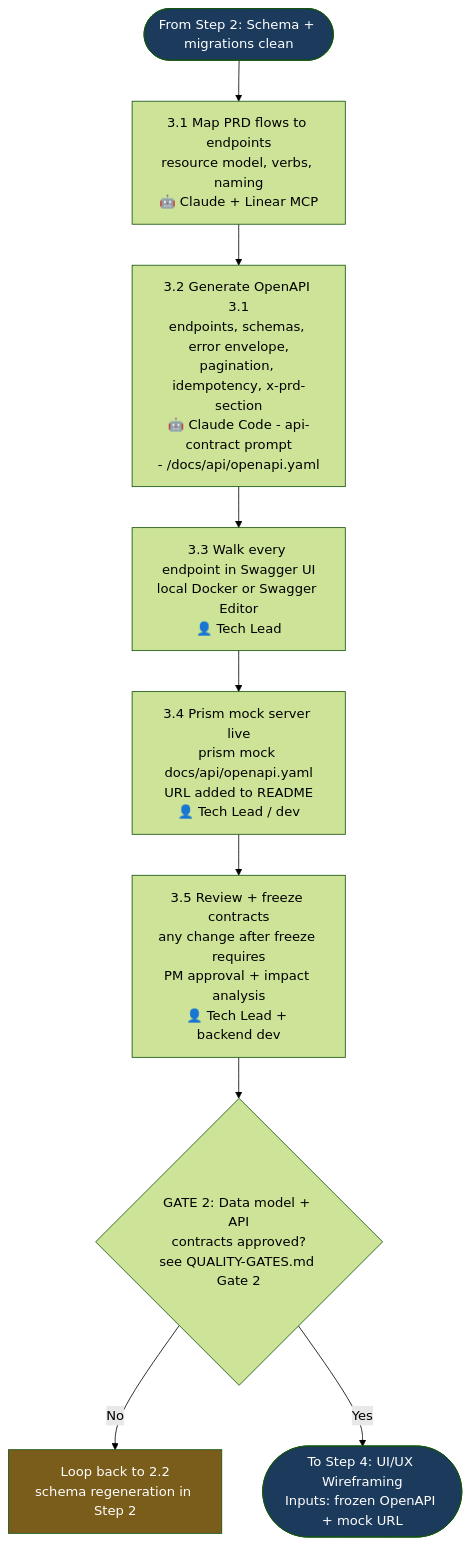
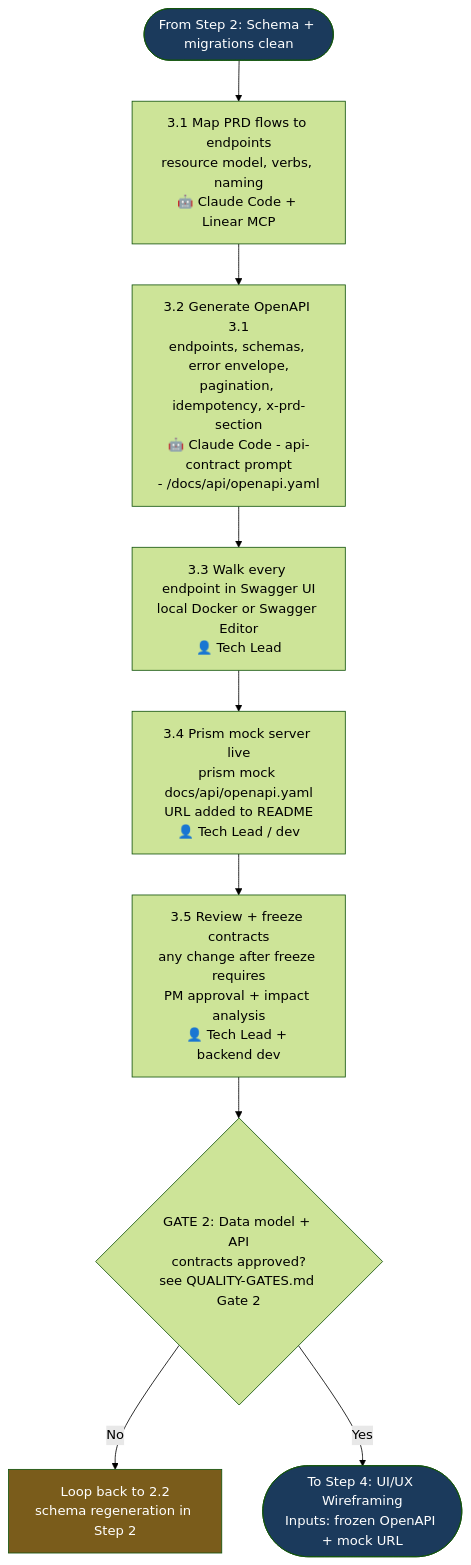
One commit to kalpat-allion/ai-dlc changed the fourth of 6 diagrams in aidlc-phases/02-system-design/FLOWCHART.md. Above: the diagram before and after it, drawn with Mermaid (forest theme). The commit also changed other lines of this file and 25 other files, not shown here.

````diff
--- a/aidlc-phases/02-system-design/FLOWCHART.md
+++ b/aidlc-phases/02-system-design/FLOWCHART.md
@@ -155,18 +145,18 @@
 ```mermaid
 flowchart TD
     P_IN([From Step 2: Schema + migrations clean]) --> P1
 
-    P1[3.1 Map PRD flows to endpoints<br/>resource model, verbs, naming<br/>🤖 Claude + Linear MCP] --> P2
+    P1[3.1 Map PRD flows to endpoints<br/>resource model, verbs, naming<br/>🤖 Claude Code + Linear MCP] --> P2
     P2[3.2 Generate OpenAPI 3.1<br/>endpoints, schemas, error envelope,<br/>pagination, idempotency, x-prd-section<br/>🤖 Claude Code - api-contract prompt<br/>- /docs/api/openapi.yaml] --> P3
     P3[3.3 Walk every endpoint in Swagger UI<br/>local Docker or Swagger Editor<br/>👤 Tech Lead] --> P4
     P4[3.4 Prism mock server live<br/>prism mock docs/api/openapi.yaml<br/>URL added to README<br/>👤 Tech Lead / dev] --> P5
     P5[3.5 Review + freeze contracts<br/>any change after freeze requires<br/>PM approval + impact analysis<br/>👤 Tech Lead + backend dev] --> G2
 
     G2{GATE 2: Data model + API<br/>contracts approved?<br/>see QUALITY-GATES.md Gate 2}
     G2 -- No --> D2_RETRY[Loop back to 2.2<br/>schema regeneration in Step 2]
     G2 -- Yes --> P_OUT([To Step 4: UI/UX Wireframing<br/>Inputs: frozen OpenAPI + mock URL])
 
     style P_IN fill:#1B3A5C,color:#fff
     style P_OUT fill:#1B3A5C,color:#fff
     style D2_RETRY fill:#7A5C1B,color:#fff
 ```
````
